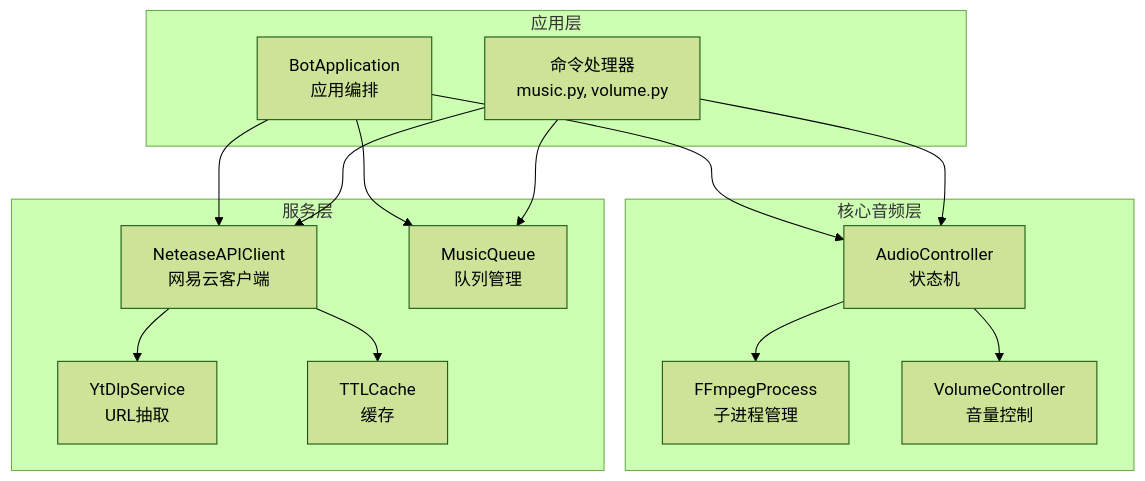
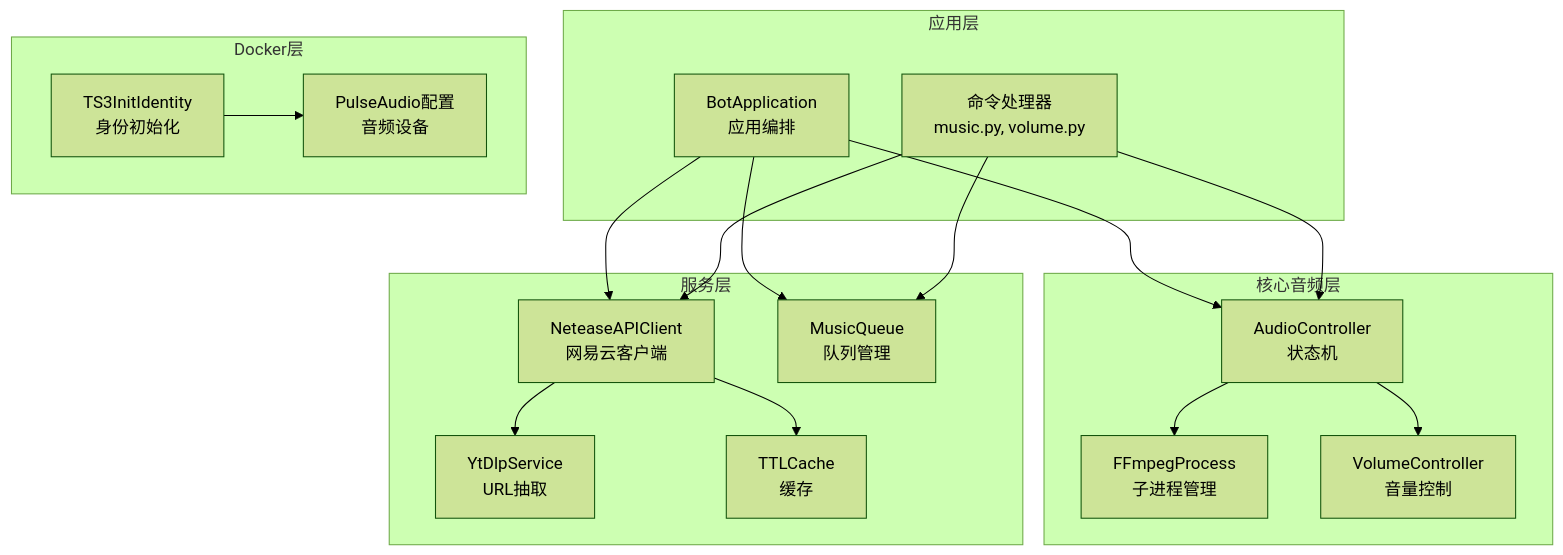
Before and after one commit to GhoulOwl/Teamspeak3_Bot: the first of 11 diagrams in .qoder/repowiki/zh/content/音乐播放系统/音乐播放系统.md, drawn with Mermaid (forest theme). The commit also changed other lines of this file and 6 other files, not shown here.

````diff
--- a/.qoder/repowiki/zh/content/音乐播放系统/音乐播放系统.md
+++ b/.qoder/repowiki/zh/content/音乐播放系统/音乐播放系统.md
@@ -63,28 +70,33 @@
 ```mermaid
 graph TB
 subgraph "应用层"
 APP["BotApplication<br/>应用编排"]
 CMD["命令处理器<br/>music.py, volume.py"]
 end
 subgraph "核心音频层"
 CTRL["AudioController<br/>状态机"]
 FFMPEG["FFmpegProcess<br/>子进程管理"]
 VOL["VolumeController<br/>音量控制"]
 end
 subgraph "服务层"
 NET["NeteaseAPIClient<br/>网易云客户端"]
 YT["YtDlpService<br/>URL抽取"]
 QUEUE["MusicQueue<br/>队列管理"]
 CACHE["TTLCache<br/>缓存"]
 end
+subgraph "Docker层"
+TS3INIT["TS3InitIdentity<br/>身份初始化"]
+AUDIOCFG["PulseAudio配置<br/>音频设备"]
+end
 APP --> CTRL
 APP --> QUEUE
 APP --> NET
 CMD --> CTRL
 CMD --> QUEUE
 CMD --> NET
 CTRL --> FFMPEG
 CTRL --> VOL
 NET --> YT
 NET --> CACHE
+TS3INIT --> AUDIOCFG
 ```
````
